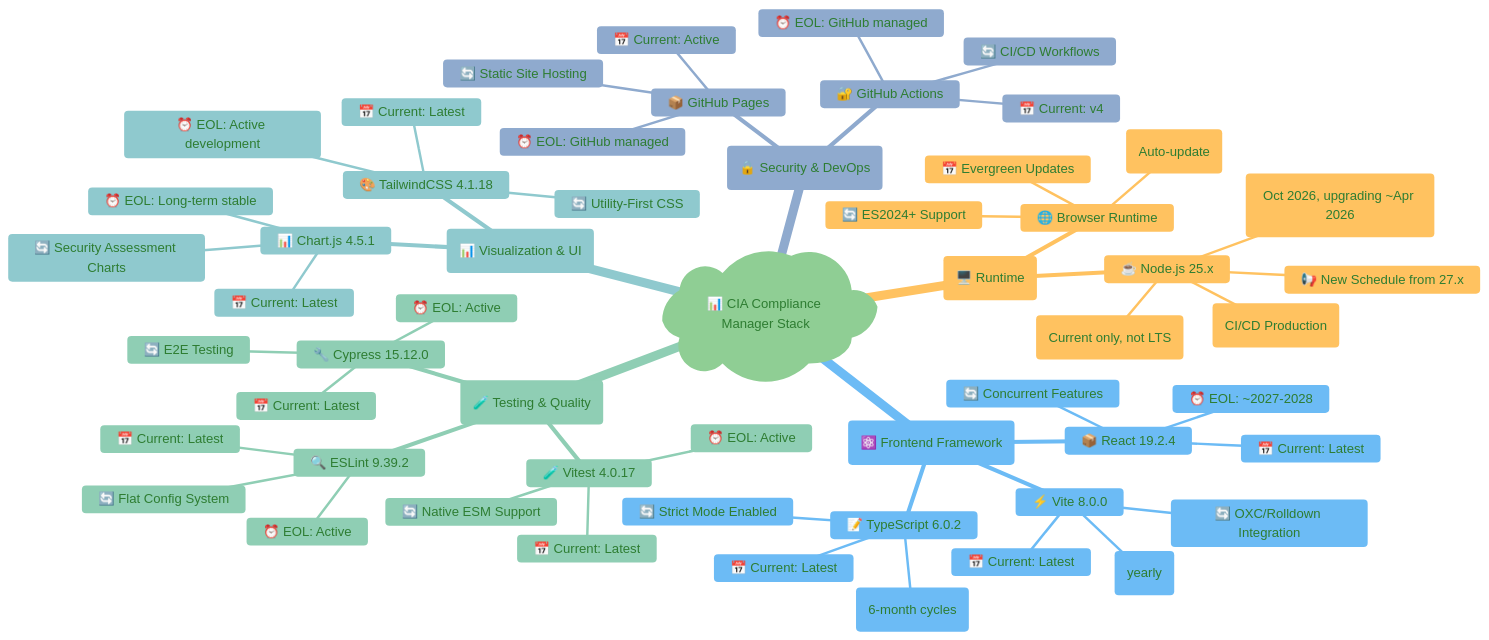
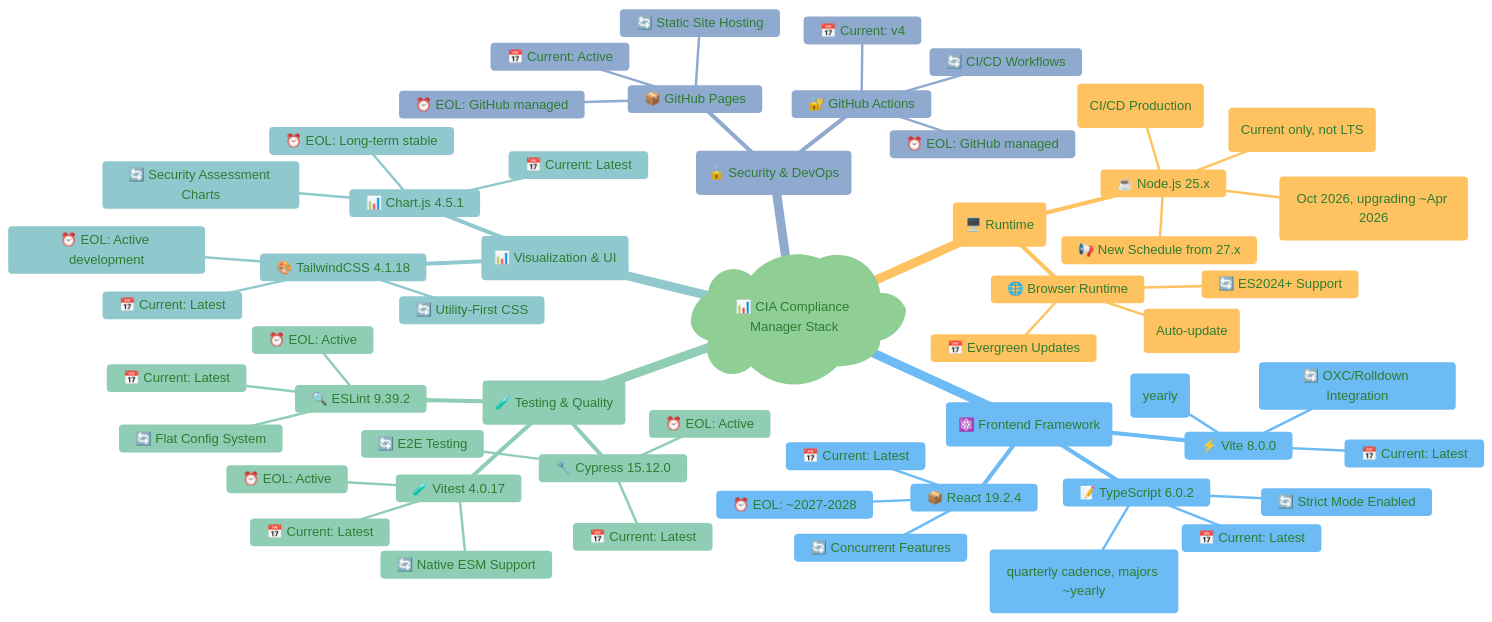
One commit to Hack23/cia-compliance-manager changed the first of 9 diagrams in docs/End-of-Life-Strategy.md. Above: the diagram before and after it, drawn with Mermaid. The commit also changed 3 other files, not shown here.

First line of the commit message:
Scope legacy-peer-deps to CI; fix mindmap cadence, Cypress version in threat model

````diff
--- a/docs/End-of-Life-Strategy.md
+++ b/docs/End-of-Life-Strategy.md
@@ -51,70 +51,70 @@
 ```mermaid
 %%{
   init: {
     'theme': 'base',
     'themeVariables': {
       'primaryColor': '#e8f5e9',
       'primaryTextColor': '#2e7d32',
       'lineColor': '#4caf50',
       'secondaryColor': '#fff3e0',
       'tertiaryColor': '#e3f2fd'
     }
   }
 }%%
 mindmap
   root)📊 CIA Compliance Manager Stack(
     (🖥️ Runtime)
       ☕ Node.js 25.x
         📅 Current: 25.x (CI/CD Production)
         ⏰ Node 25 EOL: Apr 2026 (Current only, not LTS)
         🔄 Next LTS: Node 26 (Oct 2026, upgrading ~Apr 2026)
         📢 New Schedule from 27.x
       🌐 Browser Runtime
         📅 Evergreen Updates
         ⏰ EOL: N/A (Auto-update)
         🔄 ES2024+ Support
     (⚛️ Frontend Framework)
       📦 React 19.2.4
         📅 Current: Latest
         ⏰ EOL: ~2027-2028
         🔄 Concurrent Features
       📝 TypeScript 6.0.2
         📅 Current: Latest
-        ⏰ EOL: Active (6-month cycles)
+        ⏰ EOL: Active (quarterly cadence, majors ~yearly)
         🔄 Strict Mode Enabled
       ⚡ Vite 8.0.0
         📅 Current: Latest
         ⏰ EOL: Active (yearly)
         🔄 OXC/Rolldown Integration
     (🧪 Testing & Quality)
       🧪 Vitest 4.0.17
         📅 Current: Latest
         ⏰ EOL: Active
         🔄 Native ESM Support
       🔧 Cypress 15.12.0
         📅 Current: Latest
         ⏰ EOL: Active
         🔄 E2E Testing
       🔍 ESLint 9.39.2
         📅 Current: Latest
         ⏰ EOL: Active
         🔄 Flat Config System
     (📊 Visualization & UI)
       📊 Chart.js 4.5.1
         📅 Current: Latest
         ⏰ EOL: Long-term stable
         🔄 Security Assessment Charts
       🎨 TailwindCSS 4.1.18
         📅 Current: Latest
         ⏰ EOL: Active development
         🔄 Utility-First CSS
     (🔒 Security & DevOps)
       🔐 GitHub Actions
         📅 Current: v4
         ⏰ EOL: GitHub managed
         🔄 CI/CD Workflows
       📦 GitHub Pages
         📅 Current: Active
         ⏰ EOL: GitHub managed
         🔄 Static Site Hosting
 ```
````
